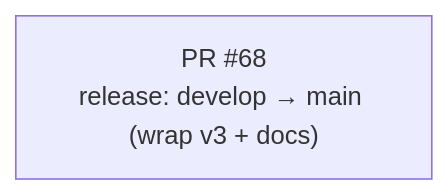
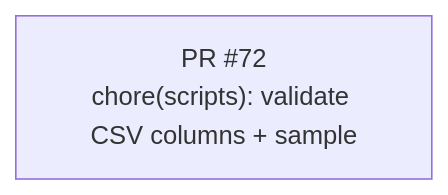
One commit to revton/car-fuel changed the diagram in docs/stack-plan/STACK-PR-PLAN.md. Above: the diagram before and after it, drawn with Mermaid.

Commit message:
docs(stack): update Mermaid stack graph

````diff
--- a/docs/stack-plan/STACK-PR-PLAN.md
+++ b/docs/stack-plan/STACK-PR-PLAN.md
@@ -6,5 +6,5 @@
 ```mermaid
 flowchart TD
-  pr68["PR #68
-release: develop → main (wrap v3 + docs)"]
+  pr72["PR #72
+chore(scripts): validate CSV columns + sample"]
 ```
````
